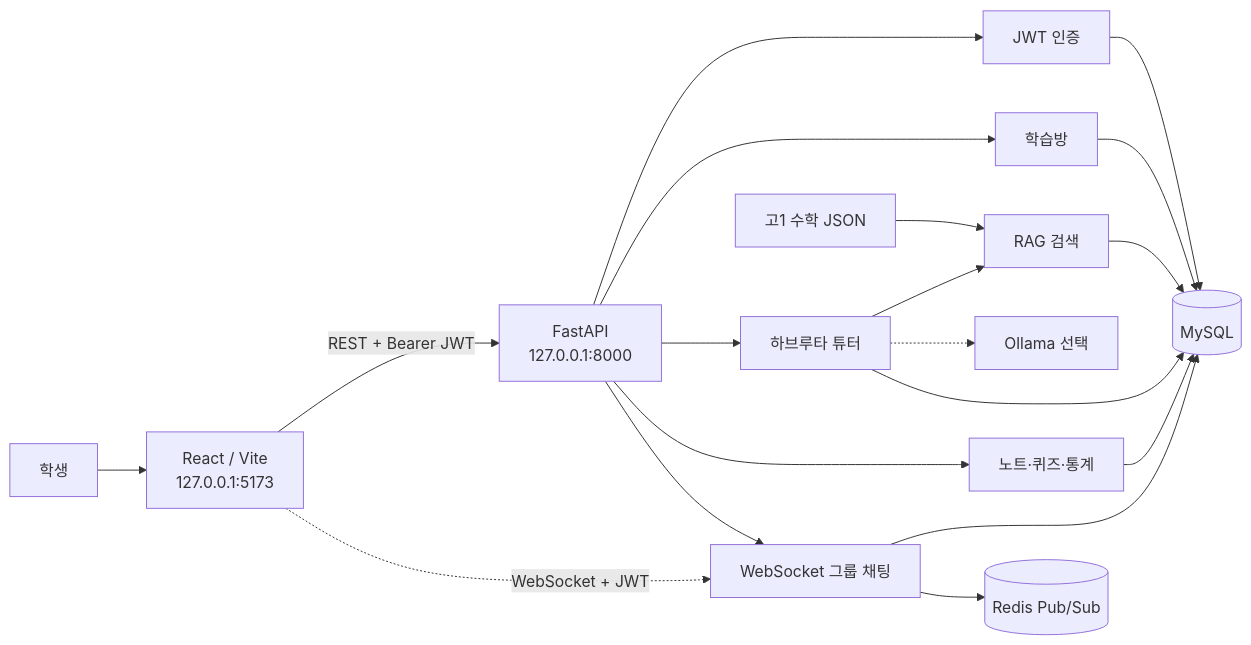
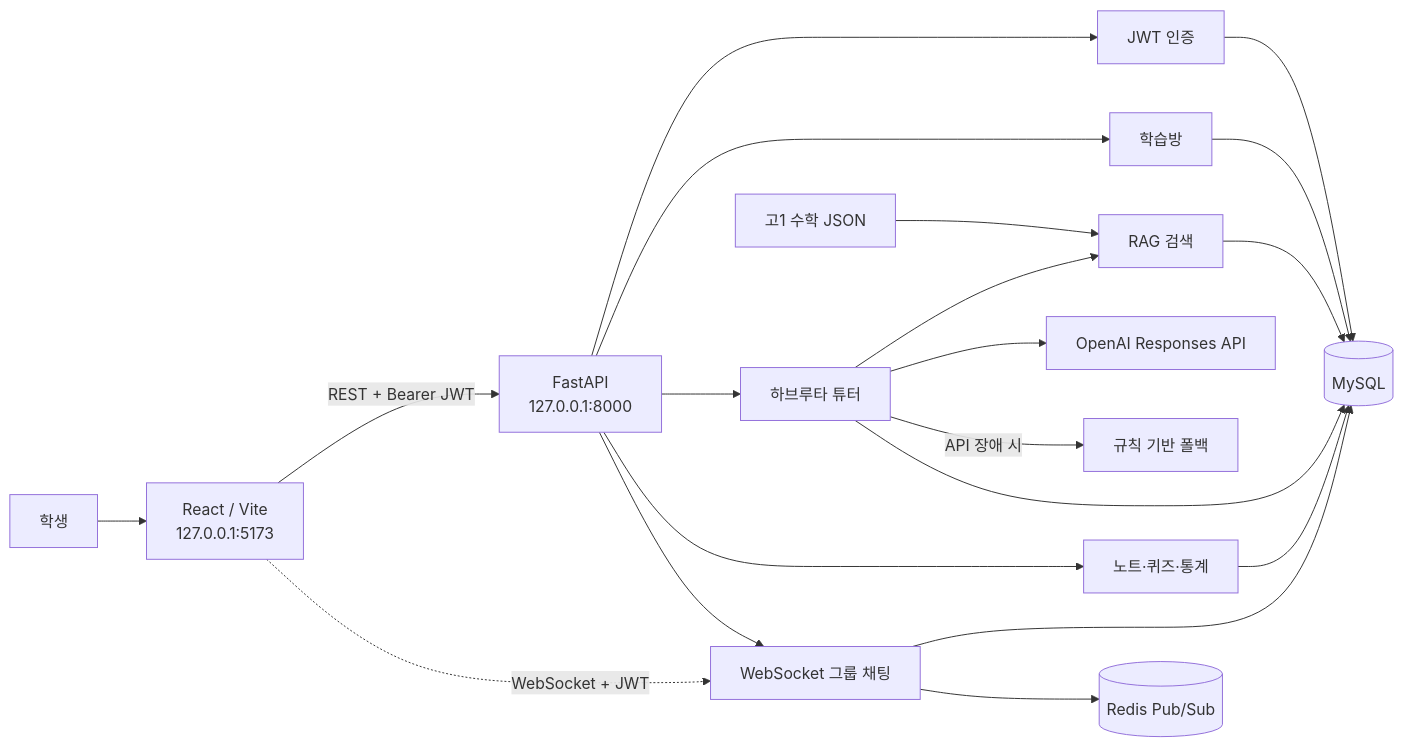
One commit to 20211400jiho/havruta-ai-tutor changed the first of 4 diagrams in docs/PROJECT_MANUAL.md. Above: the diagram before and after it, drawn with Mermaid. The commit also changed other lines of this file and 58 other files, not shown here.

````diff
--- a/docs/PROJECT_MANUAL.md
+++ b/docs/PROJECT_MANUAL.md
@@ -117,35 +118,37 @@
 ```mermaid
 flowchart LR
     Student[학생]
     React[React / Vite\n127.0.0.1:5173]
     API[FastAPI\n127.0.0.1:8000]
     Auth[JWT 인증]
     Room[학습방]
     Tutor[하브루타 튜터]
     RAG[RAG 검색]
     Content[노트·퀴즈·통계]
     WS[WebSocket 그룹 채팅]
     Redis[(Redis Pub/Sub)]
     MySQL[(MySQL)]
     JSON[고1 수학 JSON]
-    Ollama[Ollama 선택]
+    OpenAI[OpenAI Responses API]
+    Rule[규칙 기반 폴백]
 
     Student --> React
     React -->|REST + Bearer JWT| API
     React -.->|WebSocket + JWT| WS
     API --> Auth
     API --> Room
     API --> Tutor
     API --> Content
     API --> WS
     WS --> MySQL
     WS --> Redis
     Tutor --> RAG
-    Tutor -.-> Ollama
+    Tutor --> OpenAI
+    Tutor -->|API 장애 시| Rule
     Auth --> MySQL
     Room --> MySQL
     Tutor --> MySQL
     Content --> MySQL
     JSON --> RAG
     RAG --> MySQL
 ```
````
